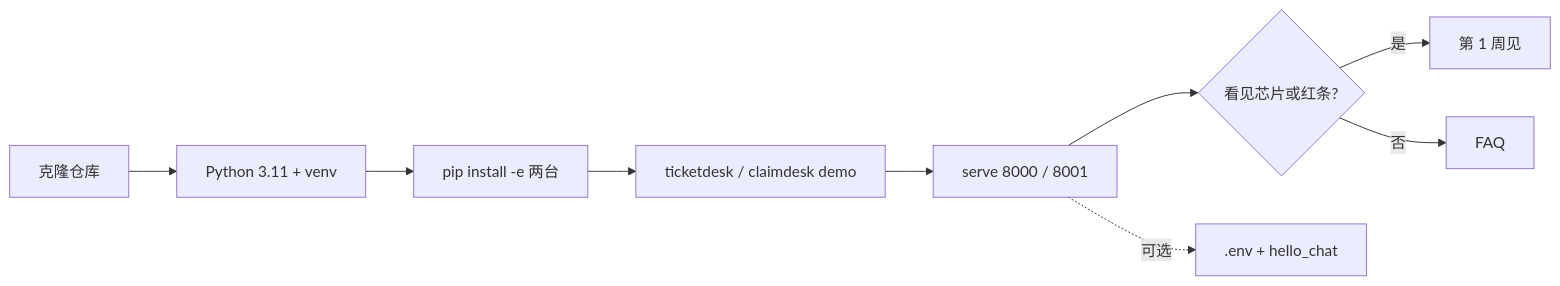
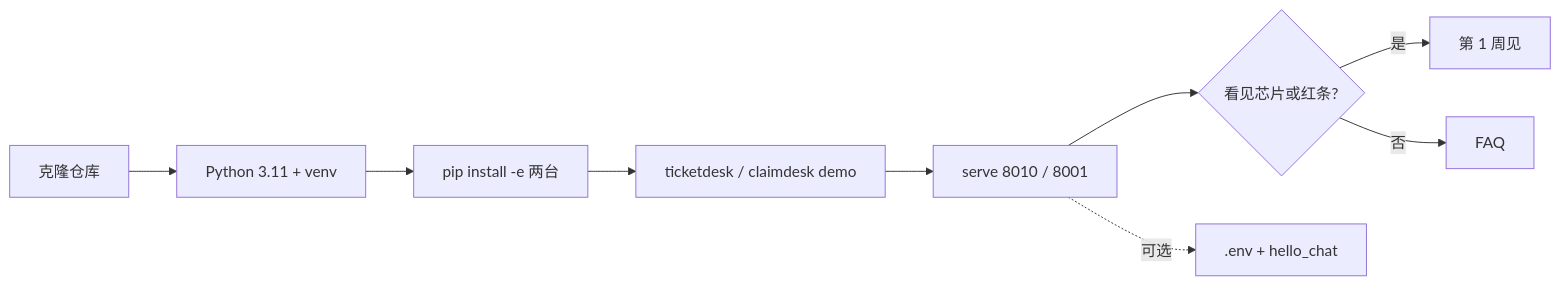
Before and after one commit to SabreKeyZ/agent-xuetang: the diagram in docs/weeks/00-setup.md, drawn with Mermaid. The commit also changed other lines of this file and 37 other files, not shown here.

````diff
--- a/docs/weeks/00-setup.md
+++ b/docs/weeks/00-setup.md
@@ -55,11 +55,11 @@
 ```mermaid
 flowchart LR
   A[克隆仓库] --> B[Python 3.11 + venv]
   B --> C["pip install -e 两台"]
   C --> D["ticketdesk / claimdesk demo"]
-  D --> E["serve 8000 / 8001"]
+  D --> E["serve 8010 / 8001"]
   E --> F{看见芯片或红条?}
   F -->|是| G[第 1 周见]
   F -->|否| H[FAQ]
   E -.->|可选| I[.env + hello_chat]
 ```
````
